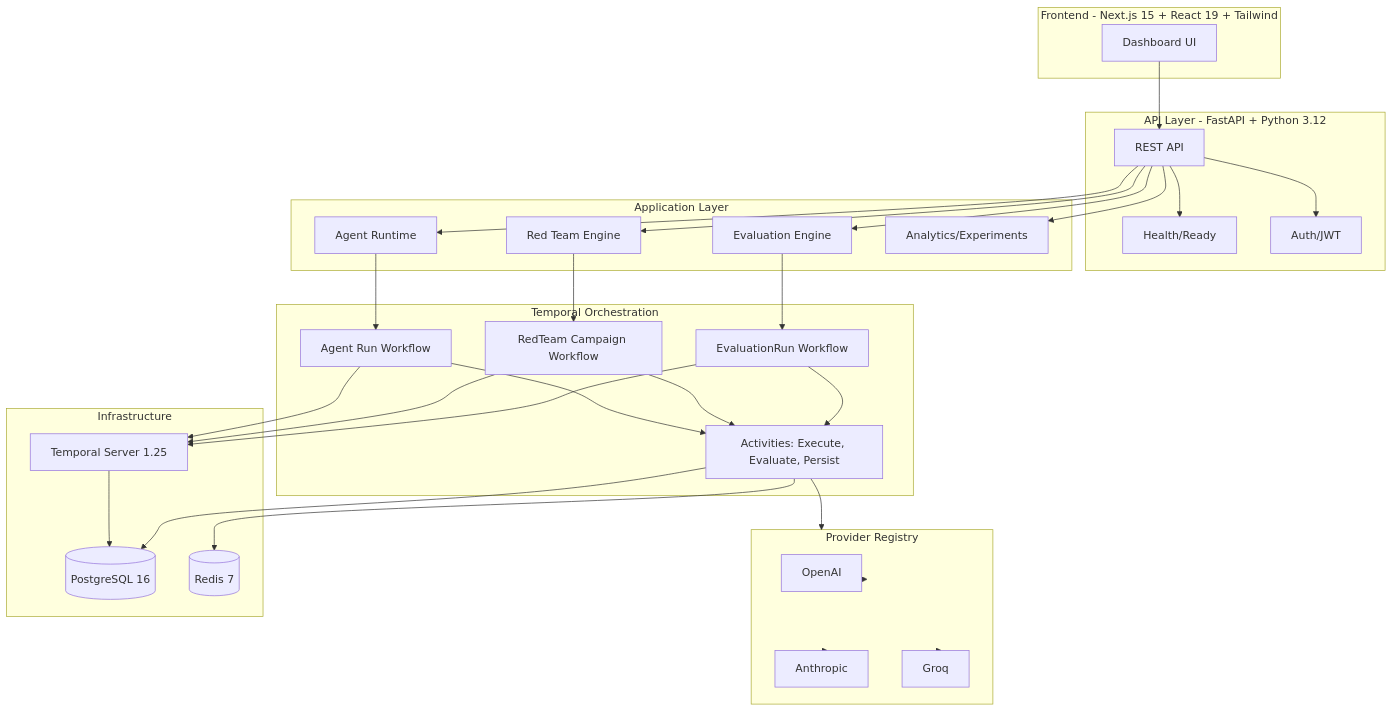
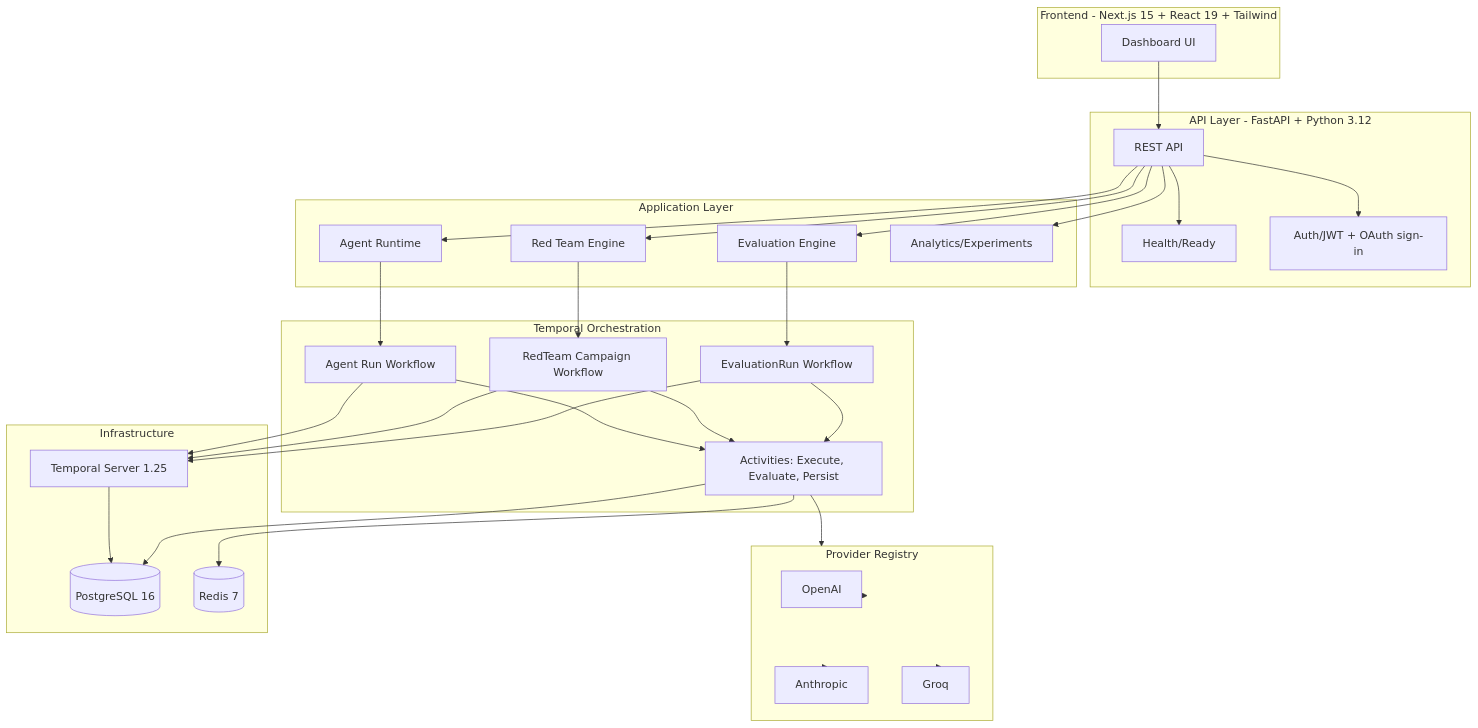
The diagram in README.md (ANUBprad/redops), drawn with Mermaid before and after one commit. The commit also changed other lines of this file, not shown here.

Commit message:
docs: describe OAuth sign-in without unsupported PKCE claim

````diff
--- a/README.md
+++ b/README.md
@@ -70,67 +70,67 @@
 ```mermaid
 flowchart TB
     subgraph Frontend[Frontend - Next.js 15 + React 19 + Tailwind]
         UI[Dashboard UI]
     end
 
     subgraph API[API Layer - FastAPI + Python 3.12]
         REST[REST API]
         Health[Health/Ready]
-        Auth[Auth/JWT]
+        Auth[Auth/JWT + OAuth sign-in]
     end
 
     subgraph App[Application Layer]
         Eval[Evaluation Engine]
         RedTeam[Red Team Engine]
         Agent[Agent Runtime]
         Analytics[Analytics/Experiments]
     end
 
     subgraph Orchestration[Temporal Orchestration]
         EvalWF[EvaluationRun Workflow]
         RTWF[RedTeam Campaign Workflow]
         AgentWF[Agent Run Workflow]
         Activities[Activities: Execute, Evaluate, Persist]
     end
 
     subgraph Providers[Provider Registry]
         OpenAI[OpenAI]
         Anthropic[Anthropic]
         Groq[Groq]
     end
 
     subgraph Infra[Infrastructure]
         PG[(PostgreSQL 16)]
         Redis[(Redis 7)]
         Temporal[Temporal Server 1.25]
     end
 
     UI --> REST
     REST --> Health
     REST --> Auth
     REST --> Eval
     REST --> RedTeam
     REST --> Agent
     REST --> Analytics
 
     Eval --> EvalWF
     RedTeam --> RTWF
     Agent --> AgentWF
 
     EvalWF --> Activities
     RTWF --> Activities
     AgentWF --> Activities
 
     Activities --> Providers
     Activities --> PG
     Activities --> Redis
 
     Providers --> OpenAI
     Providers --> Anthropic
     Providers --> Groq
 
     EvalWF --> Temporal
     RTWF --> Temporal
     AgentWF --> Temporal
     Temporal --> PG
 ```
````
